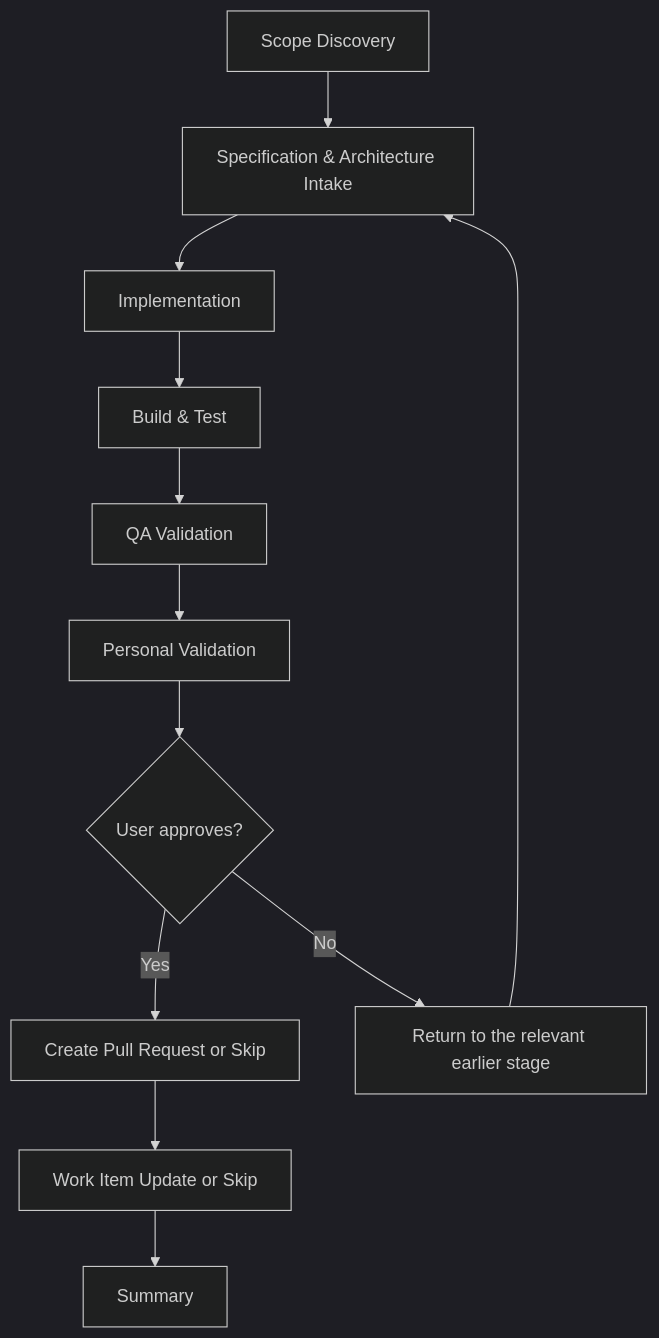
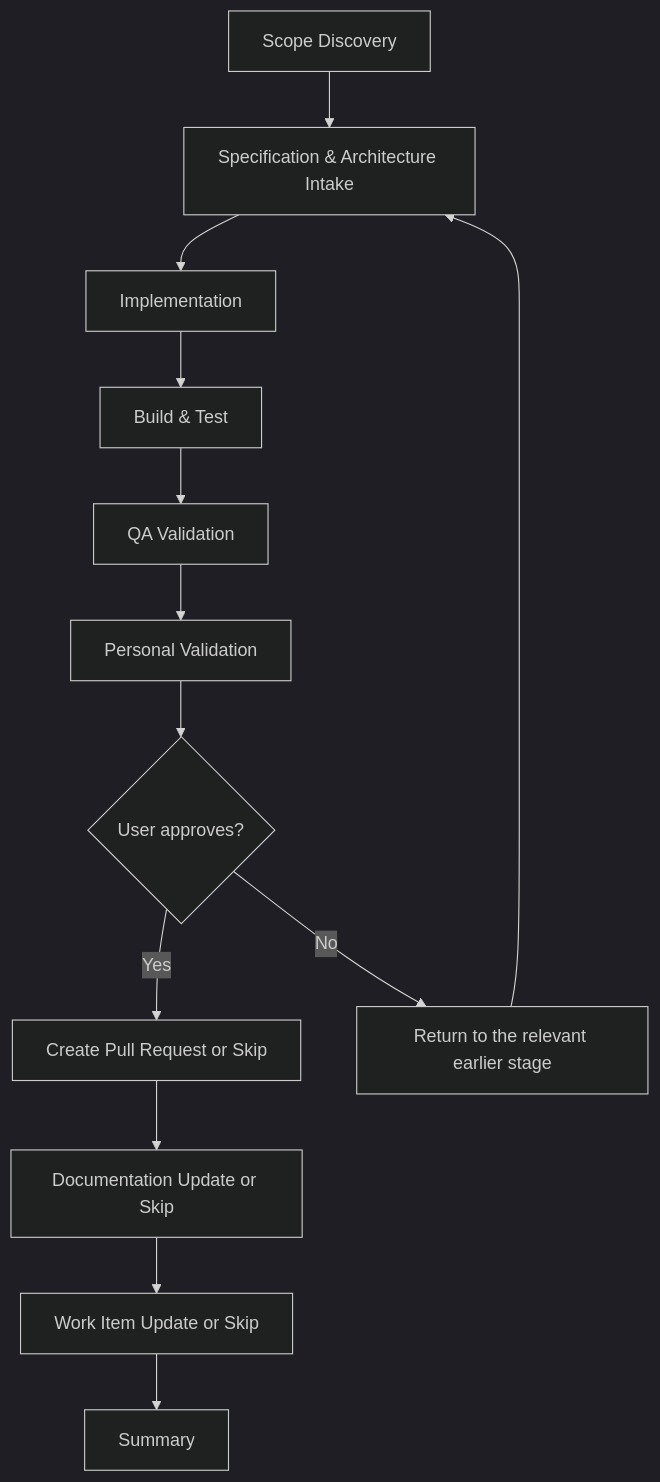
One commit to JSdotNet/ai-agent-stack changed diagram 11 of 16 in plugins/delivery/FLOW-DIAGRAMS.md. Above: the diagram before and after it, drawn with Mermaid (dark theme). The commit also changed other lines of this file and 10 other files, not shown here.

First line of the commit message:
Draw the phases the flows actually run

````diff
--- a/plugins/delivery/FLOW-DIAGRAMS.md
+++ b/plugins/delivery/FLOW-DIAGRAMS.md
@@ -305,14 +313,15 @@
 ```mermaid
 flowchart TD
     S["Scope Discovery"] --> A["Specification & Architecture Intake"]
     A --> B["Implementation"]
     B --> C["Build & Test"]
     C --> D["QA Validation"]
     D --> E["Personal Validation"]
     E --> F{User approves?}
     F -->|Yes| G["Create Pull Request or Skip"]
     F -->|No| H["Return to the relevant earlier stage"]
     H --> A
-    G --> U["Work Item Update or Skip"]
+    G --> DU["Documentation Update or Skip"]
+    DU --> U["Work Item Update or Skip"]
     U --> I["Summary"]
 ```
````
